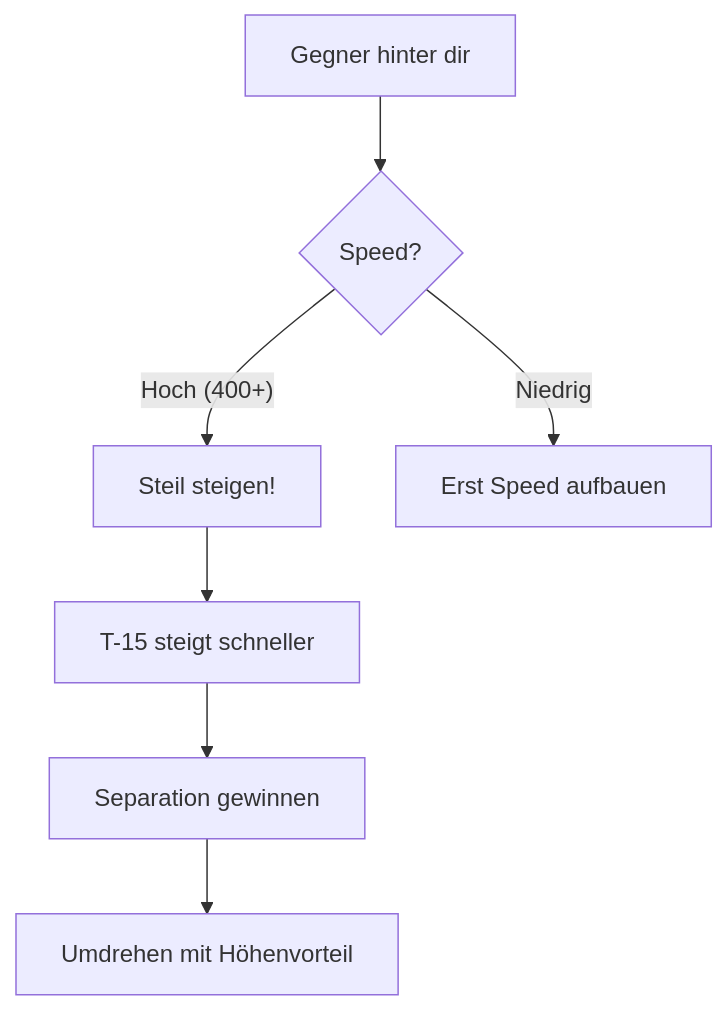
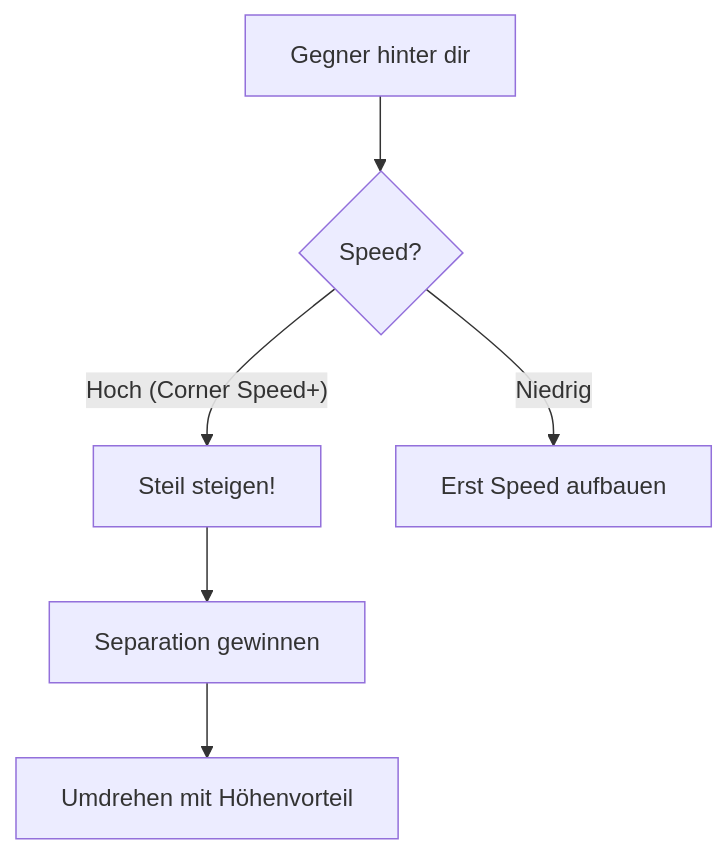
The fourth of 5 diagrams in docs/grundlagen/vertikal-manoever.md (lukaio3D/VFM_Wiki), drawn with Mermaid before and after one commit. The commit also changed other lines of this file and 13 other files, not shown here.

````diff
--- a/docs/grundlagen/vertikal-manoever.md
+++ b/docs/grundlagen/vertikal-manoever.md
@@ -126,11 +128,10 @@
 ```mermaid
 flowchart TD
     DEF[Gegner hinter dir] --> CHECK{Speed?}
 
-    CHECK -->|"Hoch (400+)"| CLIMB[Steil steigen!]
+    CHECK -->|"Hoch (Corner Speed+)"| CLIMB[Steil steigen!]
     CHECK -->|"Niedrig"| FIRST[Erst Speed aufbauen]
 
-    CLIMB --> EFFECT[T-15 steigt schneller]
-    EFFECT --> SEP[Separation gewinnen]
-    SEP --> REVERSE[Umdrehen mit Höhenvorteil]
+    CLIMB --> EFFECT[Separation gewinnen]
+    EFFECT --> REVERSE[Umdrehen mit Höhenvorteil]
 ```
````
